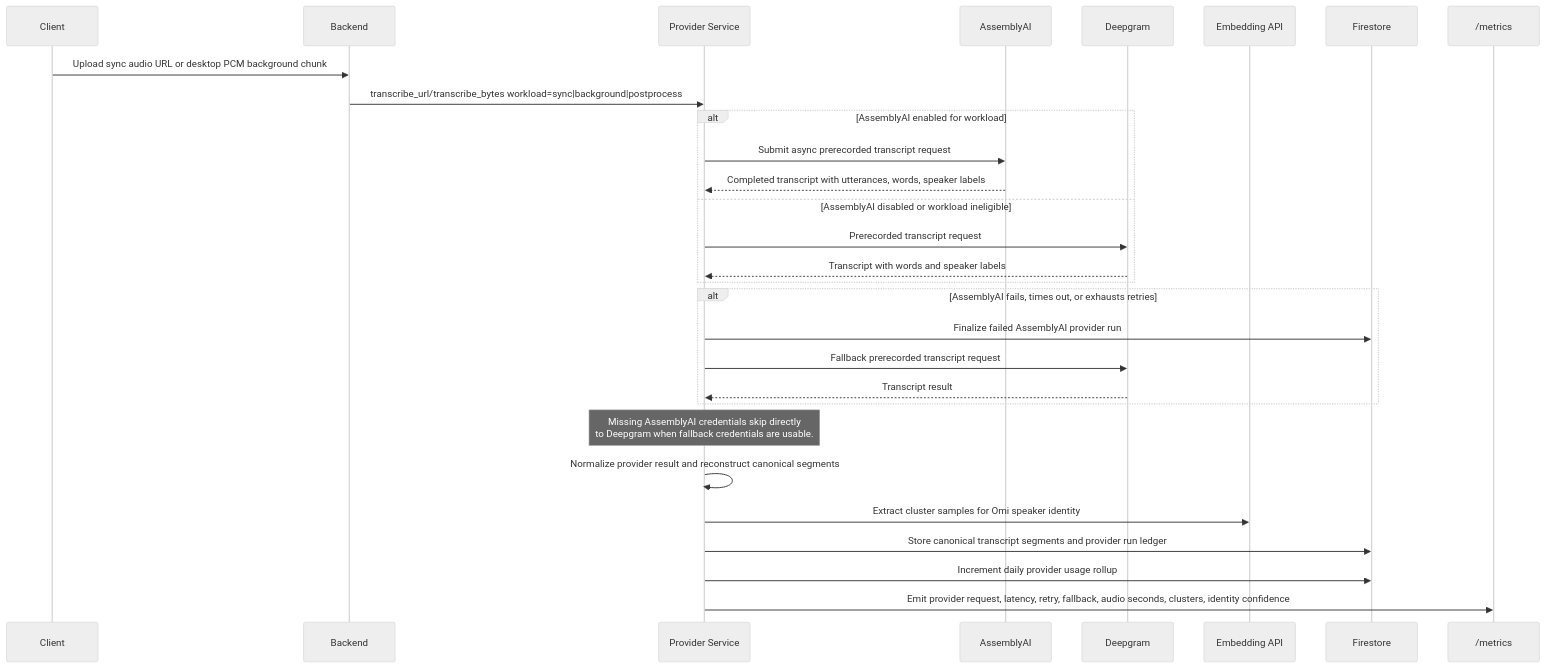
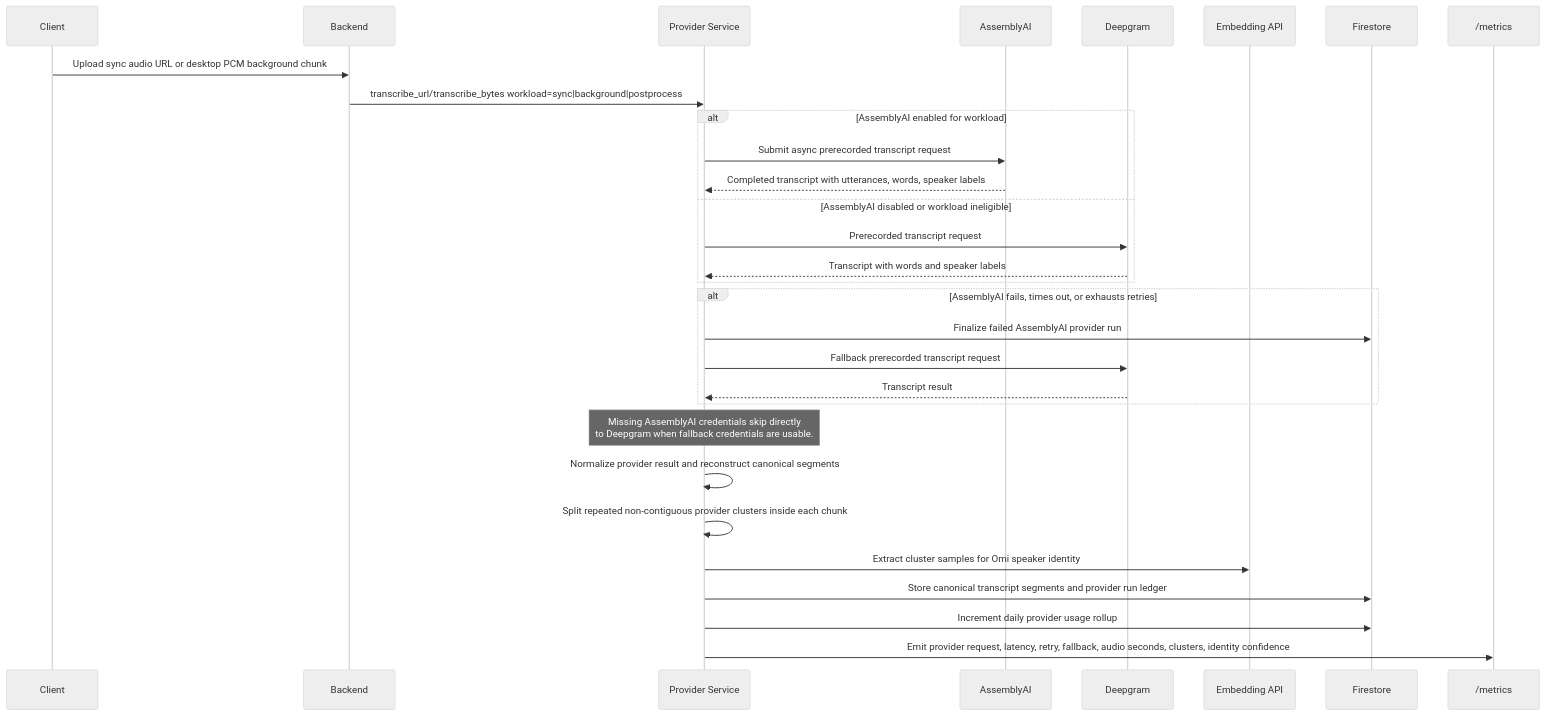
One commit to BasedHardware/omi changed the seventh of 7 diagrams in docs/doc/developer/backend/listen_pusher_pipeline.mdx. Above: the diagram before and after it, drawn with Mermaid (neutral theme). The commit also changed other lines of this file and 3 other files, not shown here.

````diff
--- a/docs/doc/developer/backend/listen_pusher_pipeline.mdx
+++ b/docs/doc/developer/backend/listen_pusher_pipeline.mdx
@@ -259,35 +259,36 @@
 ```mermaid
 sequenceDiagram
     participant Client
     participant Backend as Backend
     participant ProviderService as Provider Service
     participant AssemblyAI
     participant Deepgram
     participant EmbeddingAPI as Embedding API
     participant Firestore
     participant Metrics as /metrics
 
     Client->>Backend: Upload sync audio URL or desktop PCM background chunk
     Backend->>ProviderService: transcribe_url/transcribe_bytes workload=sync|background|postprocess
     alt AssemblyAI enabled for workload
         ProviderService->>AssemblyAI: Submit async prerecorded transcript request
         AssemblyAI-->>ProviderService: Completed transcript with utterances, words, speaker labels
     else AssemblyAI disabled or workload ineligible
         ProviderService->>Deepgram: Prerecorded transcript request
         Deepgram-->>ProviderService: Transcript with words and speaker labels
     end
 
     alt AssemblyAI fails, times out, or exhausts retries
         ProviderService->>Firestore: Finalize failed AssemblyAI provider run
         ProviderService->>Deepgram: Fallback prerecorded transcript request
         Deepgram-->>ProviderService: Transcript result
     end
 
     Note over ProviderService: Missing AssemblyAI credentials skip directly<br/>to Deepgram when fallback credentials are usable.
 
 ProviderService->>ProviderService: Normalize provider result and reconstruct canonical segments
+    ProviderService->>ProviderService: Split repeated non-contiguous provider clusters inside each chunk
     ProviderService->>EmbeddingAPI: Extract cluster samples for Omi speaker identity
     ProviderService->>Firestore: Store canonical transcript segments and provider run ledger
     ProviderService->>Firestore: Increment daily provider usage rollup
     ProviderService->>Metrics: Emit provider request, latency, retry, fallback, audio seconds, clusters, identity confidence
 ```
````
